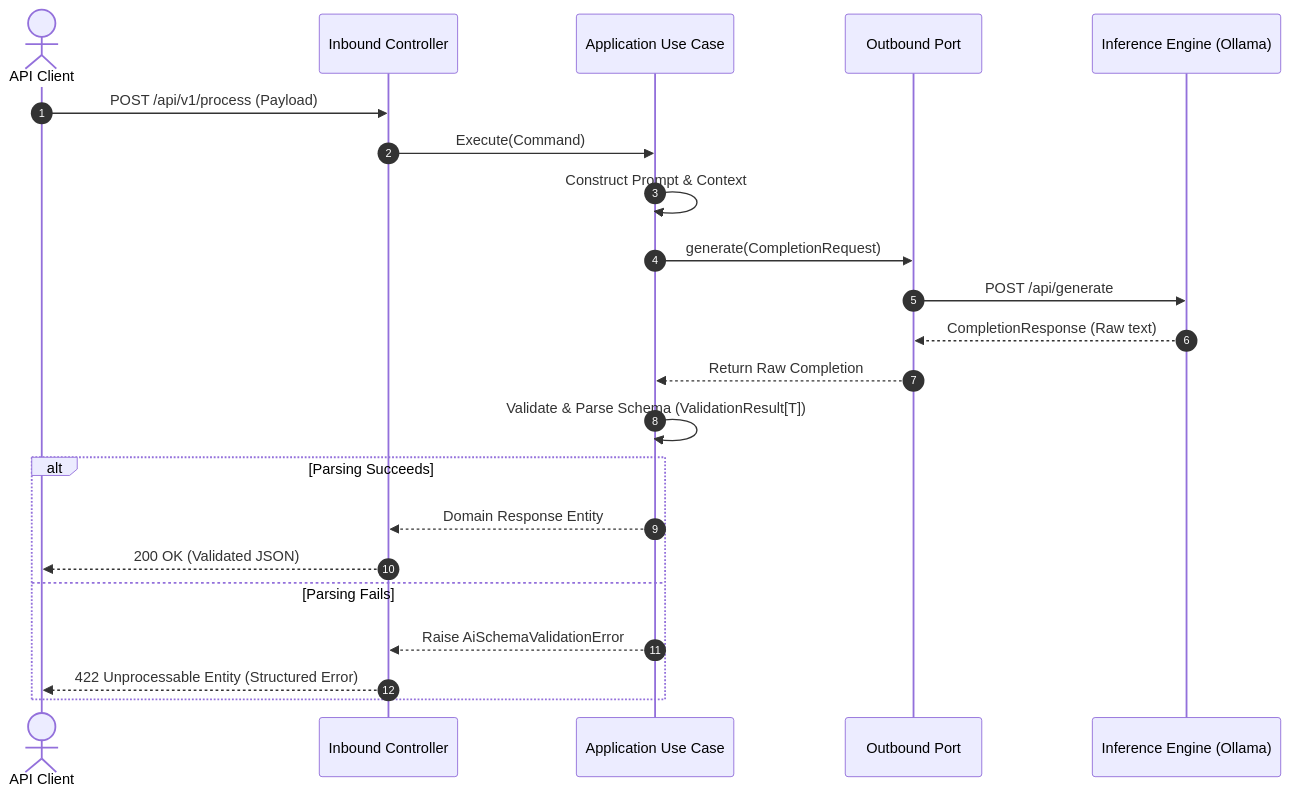
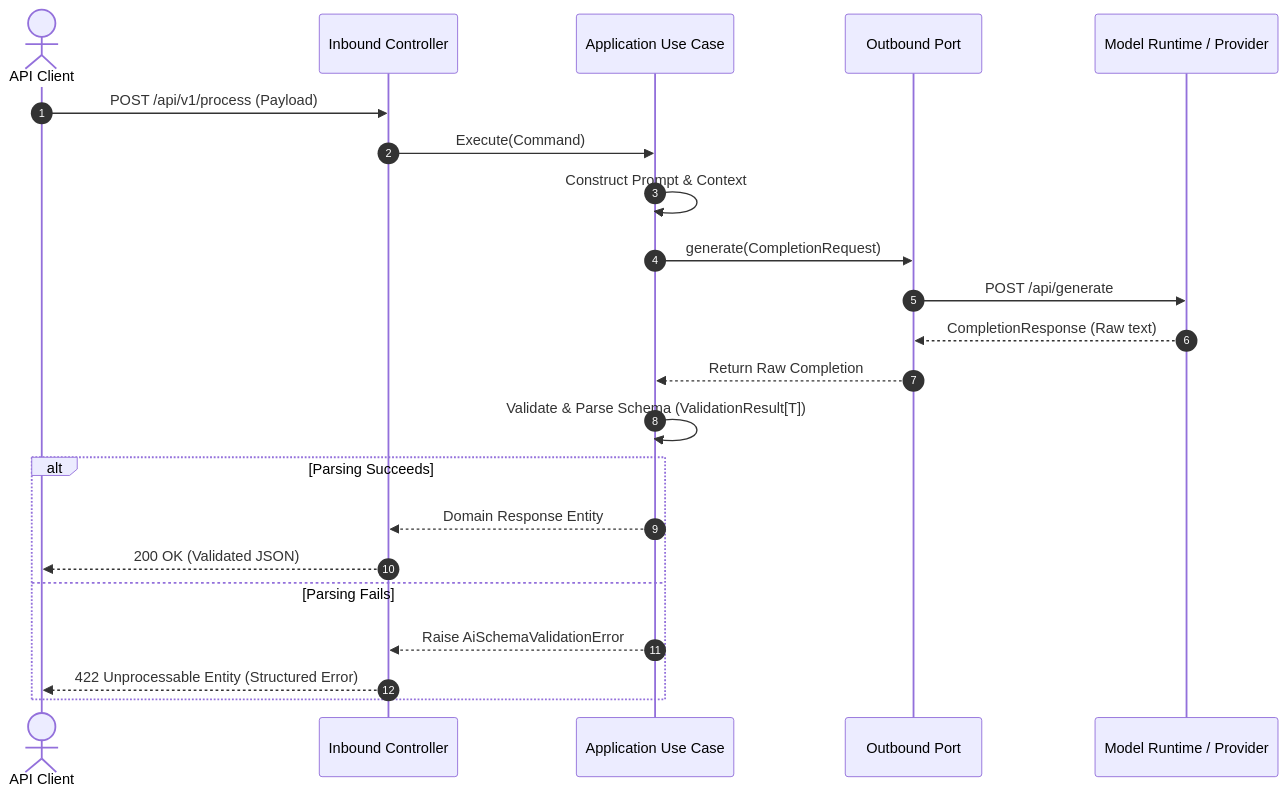
Before and after one commit to avadhut-kore/ai-application-architecture: the second of 2 diagrams in templates/reference-application/docs/architecture.md, drawn with Mermaid. The commit also changed other lines of this file and 18 other files, not shown here.

````diff
--- a/templates/reference-application/docs/architecture.md
+++ b/templates/reference-application/docs/architecture.md
@@ -46,25 +50,25 @@
 ```mermaid
 sequenceDiagram
     autonumber
     actor Client as API Client
     participant Controller as Inbound Controller
     participant Service as Application Use Case
     participant Port as Outbound Port
-    participant Model as Inference Engine (Ollama)
+    participant Model as Model Runtime / Provider
 
     Client->>Controller: POST /api/v1/process (Payload)
     Controller->>Service: Execute(Command)
     Service->>Service: Construct Prompt & Context
     Service->>Port: generate(CompletionRequest)
     Port->>Model: POST /api/generate
     Model-->>Port: CompletionResponse (Raw text)
     Port-->>Service: Return Raw Completion
     Service->>Service: Validate & Parse Schema (ValidationResult[T])
     alt Parsing Succeeds
         Service-->>Controller: Domain Response Entity
         Controller-->>Client: 200 OK (Validated JSON)
     else Parsing Fails
         Service-->>Controller: Raise AiSchemaValidationError
         Controller-->>Client: 422 Unprocessable Entity (Structured Error)
     end
 ```
````
